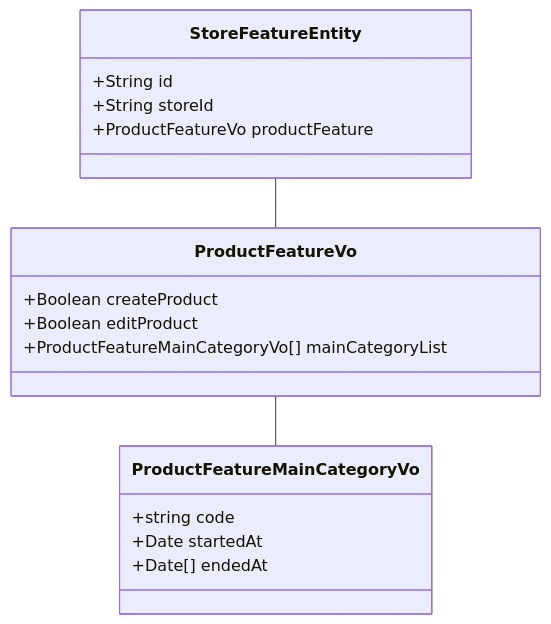
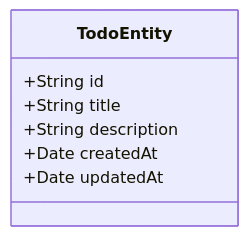
One commit to danko2468/asfsjfalskfas12314 changed the diagram in packages/api/README.md. Above: the diagram before and after it, drawn with Mermaid. The commit also changed other lines of this file and 24 other files, not shown here.

````diff
--- a/packages/api/README.md
+++ b/packages/api/README.md
@@ -52,22 +5,10 @@
 ```mermaid
 classDiagram
-	StoreFeatureEntity -- ProductFeatureVo
-	ProductFeatureVo -- ProductFeatureMainCategoryVo
-
-	class StoreFeatureEntity {
+	class TodoEntity {
 		+String id
-		+String storeId
-		+ProductFeatureVo productFeature
-	}
-	class ProductFeatureVo {
-		+Boolean createProduct
-		+Boolean editProduct
-		+ProductFeatureMainCategoryVo[] mainCategoryList
-	}
-
-	class ProductFeatureMainCategoryVo {
-		+string code
-		+Date startedAt
-		+Date[] endedAt
+		+String title
+		+String description
+		+Date createdAt
+		+Date updatedAt
 	}
 ```
````
